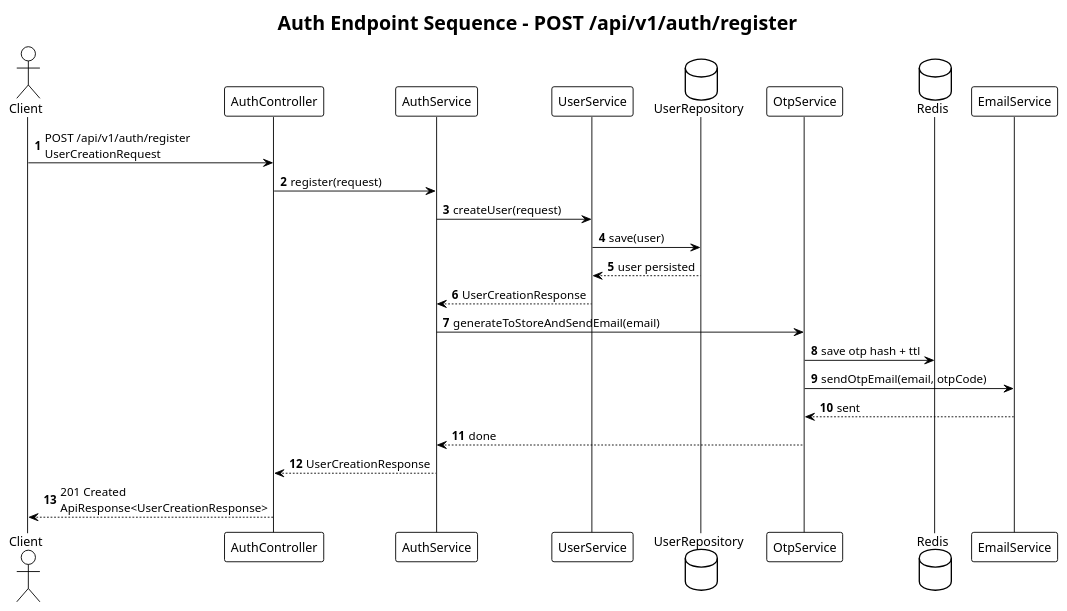
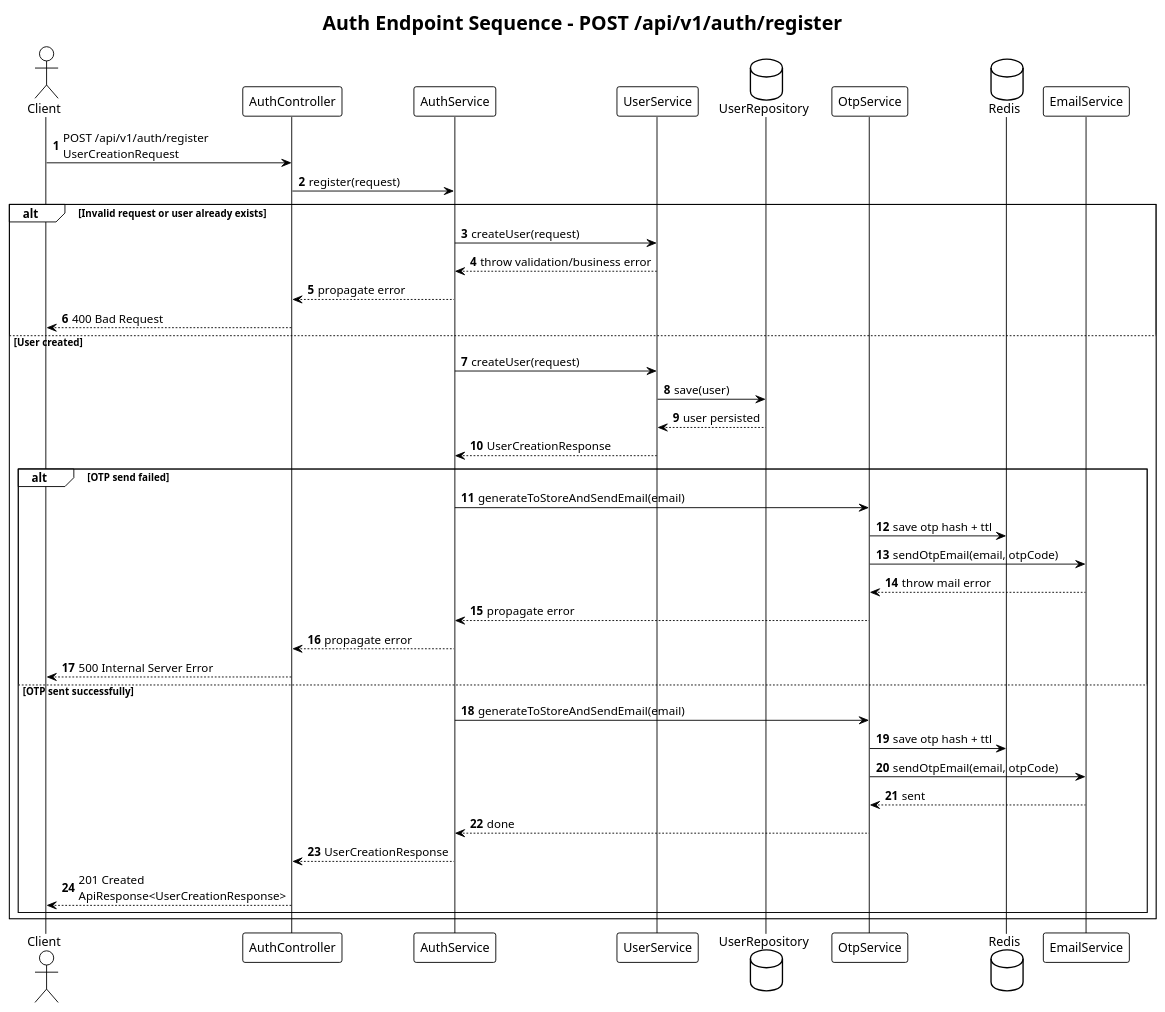
One commit to DamPhuQuy/Social-Pulse changed the diagram in docs/sequence/auth-register-sequence.puml. Above: the diagram before and after it, drawn with PlantUML. The commit also changed 3 other files, not shown here.

```diff
--- a/docs/sequence/auth-register-sequence.puml
+++ b/docs/sequence/auth-register-sequence.puml
@@ -1,33 +1,51 @@
 @startuml
 !theme plain
 
 title Auth Endpoint Sequence - POST /api/v1/auth/register
 
 autonumber
 
 actor Client
 participant AuthController
 participant AuthService
 participant UserService
 database UserRepository
 participant OtpService
 database Redis
 participant EmailService
 
 Client -> AuthController: POST /api/v1/auth/register\nUserCreationRequest
 AuthController -> AuthService: register(request)
-AuthService -> UserService: createUser(request)
-UserService -> UserRepository: save(user)
-UserRepository --> UserService: user persisted
-UserService --> AuthService: UserCreationResponse
 
-AuthService -> OtpService: generateToStoreAndSendEmail(email)
-OtpService -> Redis: save otp hash + ttl
-OtpService -> EmailService: sendOtpEmail(email, otpCode)
-EmailService --> OtpService: sent
-OtpService --> AuthService: done
+alt Invalid request or user already exists
+	AuthService -> UserService: createUser(request)
+	UserService --> AuthService: throw validation/business error
+	AuthService --> AuthController: propagate error
+	AuthController --> Client: 400 Bad Request
+else User created
+	AuthService -> UserService: createUser(request)
+	UserService -> UserRepository: save(user)
+	UserRepository --> UserService: user persisted
+	UserService --> AuthService: UserCreationResponse
 
-AuthService --> AuthController: UserCreationResponse
-AuthController --> Client: 201 Created\nApiResponse<UserCreationResponse>
+	alt OTP send failed
+		AuthService -> OtpService: generateToStoreAndSendEmail(email)
+		OtpService -> Redis: save otp hash + ttl
+		OtpService -> EmailService: sendOtpEmail(email, otpCode)
+		EmailService --> OtpService: throw mail error
+		OtpService --> AuthService: propagate error
+		AuthService --> AuthController: propagate error
+		AuthController --> Client: 500 Internal Server Error
+	else OTP sent successfully
+		AuthService -> OtpService: generateToStoreAndSendEmail(email)
+		OtpService -> Redis: save otp hash + ttl
+		OtpService -> EmailService: sendOtpEmail(email, otpCode)
+		EmailService --> OtpService: sent
+		OtpService --> AuthService: done
+
+		AuthService --> AuthController: UserCreationResponse
+		AuthController --> Client: 201 Created\nApiResponse<UserCreationResponse>
+	end
+end
 
 @enduml
```
